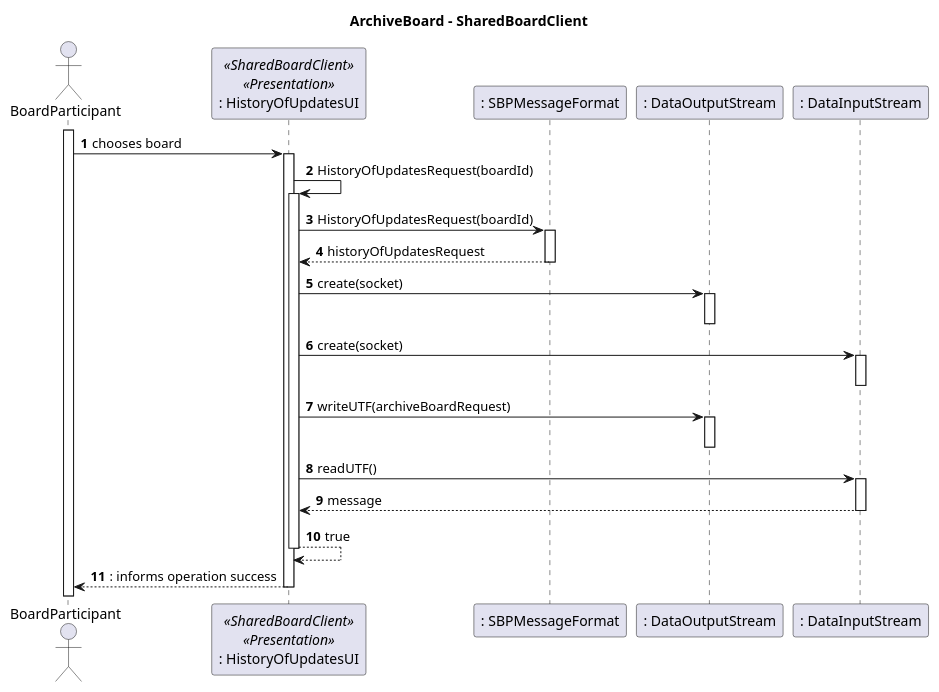
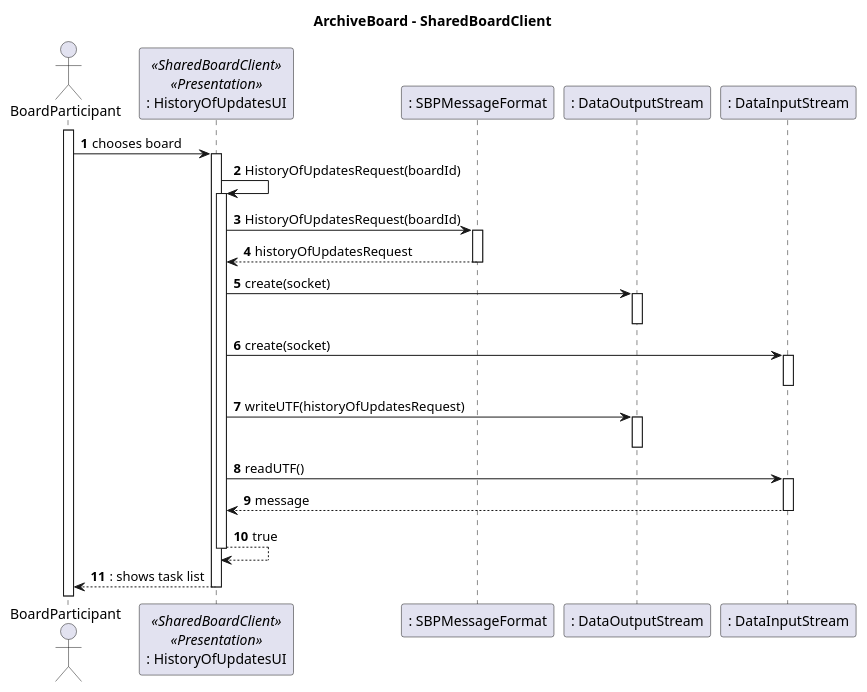
Before and after one commit to Marco-Nobrega-Andrade/sem4pi_22_23: the diagram in docs/Sprint_C/us_3009/US3009_Client_SD.puml, drawn with PlantUML. The commit also changed 3 other files, not shown here.

Commit message:
[US_3009] Updating flow to match implementation

```diff
--- a/docs/Sprint_C/us_3009/US3009_Client_SD.puml
+++ b/docs/Sprint_C/us_3009/US3009_Client_SD.puml
@@ -1,35 +1,35 @@
 @startuml
 autonumber
 title ArchiveBoard - SharedBoardClient
 
 actor "BoardParticipant" as BP
 
 participant ": HistoryOfUpdatesUI" as UI <<SharedBoardClient>> <<Presentation>>
 participant ": SBPMessageFormat" as SBPF
 participant ": DataOutputStream" as DOS
 participant ": DataInputStream" as DIS
 activate BP
 BP -> UI : chooses board
 activate UI
 
 UI -> UI : HistoryOfUpdatesRequest(boardId)
 activate UI
 UI -> SBPF : HistoryOfUpdatesRequest(boardId)
 activate SBPF
 return historyOfUpdatesRequest
 UI -> DOS : create(socket)
 activate DOS
 deactivate DOS
 UI -> DIS : create(socket)
 activate DIS
 deactivate DIS
-UI -> DOS : writeUTF(archiveBoardRequest)
+UI -> DOS : writeUTF(historyOfUpdatesRequest)
 activate DOS
 deactivate DOS
 UI -> DIS : readUTF()
 activate DIS
 return message
 return true
-return : informs operation success
+return : shows task list
 deactivate UI
 @enduml
```
